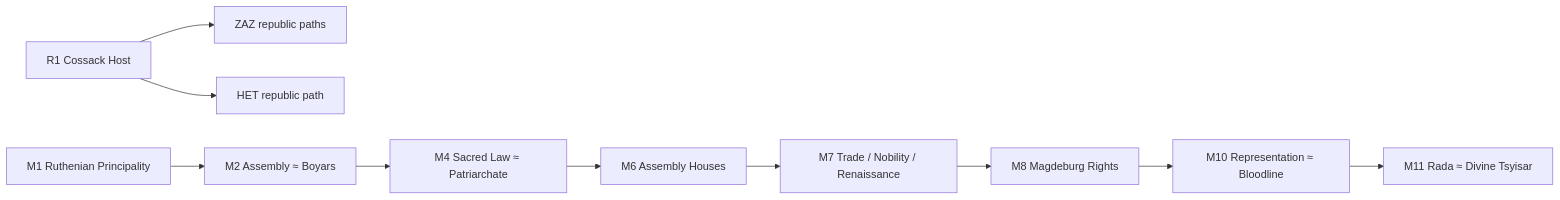
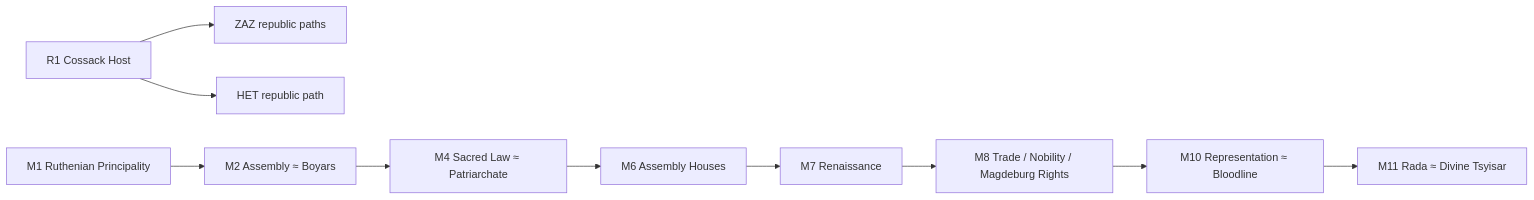
Before and after one commit to Yamtom/RIP: the second of 10 diagrams in docs/GOVERNMENT_REFORMS_MAP.uk.md, drawn with Mermaid. The commit also changed other lines of this file and 19 other files, not shown here.

````diff
--- a/docs/GOVERNMENT_REFORMS_MAP.uk.md
+++ b/docs/GOVERNMENT_REFORMS_MAP.uk.md
@@ -88,12 +88,12 @@
 ```mermaid
 flowchart LR
   C["R1 Cossack Host"] --> Z["ZAZ republic paths"]
   C --> H["HET republic path"]
   R["M1 Ruthenian Principality"] --> M2["M2 Assembly ≈ Boyars"]
   M2 --> M4["M4 Sacred Law ≈ Patriarchate"]
   M4 --> M6["M6 Assembly Houses"]
-  M6 --> M7["M7 Trade / Nobility / Renaissance"]
-  M7 --> M8["M8 Magdeburg Rights"]
+  M6 --> M7["M7 Renaissance"]
+  M7 --> M8["M8 Trade / Nobility / Magdeburg Rights"]
   M8 --> M10["M10 Representation ≈ Bloodline"]
   M10 --> M11["M11 Rada ≈ Divine Tsyisar"]
 ```
````
